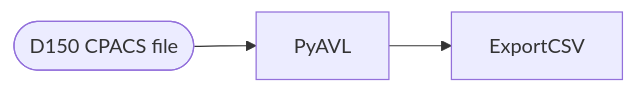
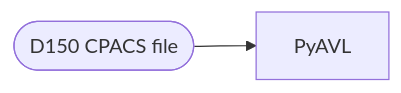
Before and after one commit to cfsengineering/CEASIOMpy: the diagram in test_cases/test_case_1/README.md, drawn with Mermaid. The commit also changed other lines of this file and 15 other files, not shown here.

````diff
--- a/test_cases/test_case_1/README.md
+++ b/test_cases/test_case_1/README.md
@@ -28,5 +28,5 @@
 ```mermaid
   graph LR;
       D150([D150 CPACS file])-->PyAVL;
-      PyAVL-->ExportCSV;
+      PyAVL;
 ```
````
